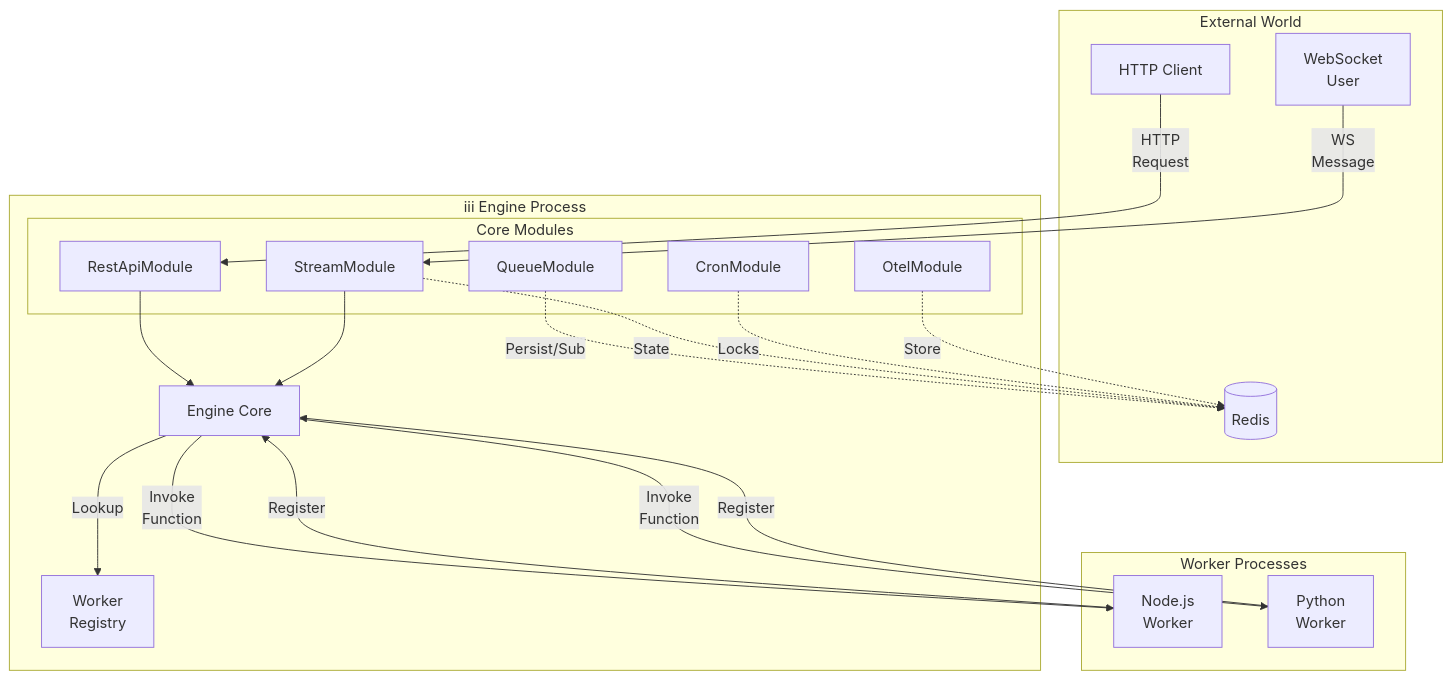
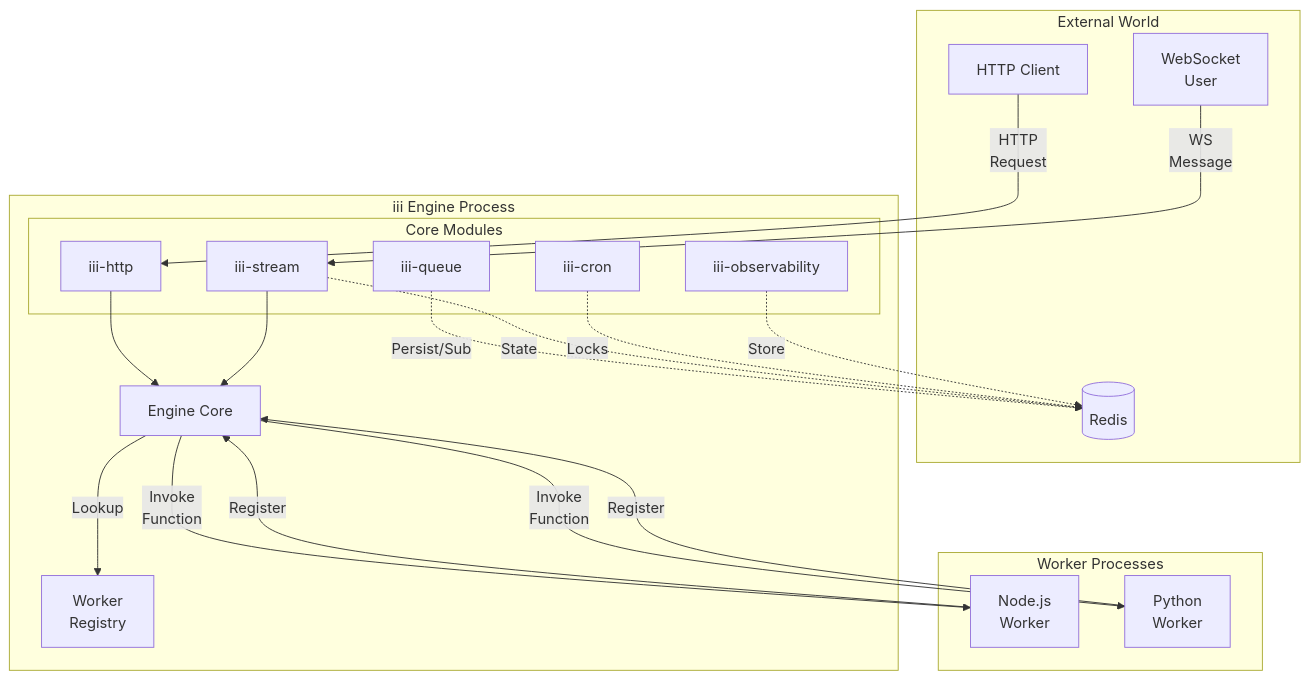
The first of 8 diagrams in docs/advanced/architecture.mdx (iii-hq/iii), drawn with Mermaid before and after one commit. The commit also changed 17 other files, not shown here.

First line of the commit message:
docs(skills,docs): fix cron fields, module names, host, and links for v0.11

````diff
--- a/docs/advanced/architecture.mdx
+++ b/docs/advanced/architecture.mdx
@@ -16,44 +16,44 @@
 ```mermaid
 graph TD
     subgraph "External World"
         Client[HTTP Client]
         Redis[(Redis)]
         User[WebSocket<br/>User]
     end
 
     subgraph "iii Engine Process"
         Core[Engine Core]
         Reg[Worker<br/>Registry]
 
         subgraph "Core Modules"
-            API[RestApiModule]
-            Stream[StreamModule]
-            Log[OtelModule]
-            Queue[QueueModule]
-            Cron[CronModule]
+            API[iii-http]
+            Stream[iii-stream]
+            Log[iii-observability]
+            Queue[iii-queue]
+            Cron[iii-cron]
         end
     end
 
     subgraph "Worker Processes"
         W1[Node.js<br/>Worker]
         W2[Python<br/>Worker]
     end
 
     Client -->|HTTP<br/>Request| API
     User -->|WS<br/>Message| Stream
 
     API --> Core
     Stream --> Core
 
     Core -->|Lookup| Reg
     Core -->|Invoke<br/>Function| W1
     Core -->|Invoke<br/>Function| W2
 
     W1 -->|Register| Core
     W2 -->|Register| Core
 
     Queue -.->|Persist/Sub| Redis
     Stream -.->|State| Redis
     Cron -.->|Locks| Redis
     Log -.->|Store| Redis
 ```
````
